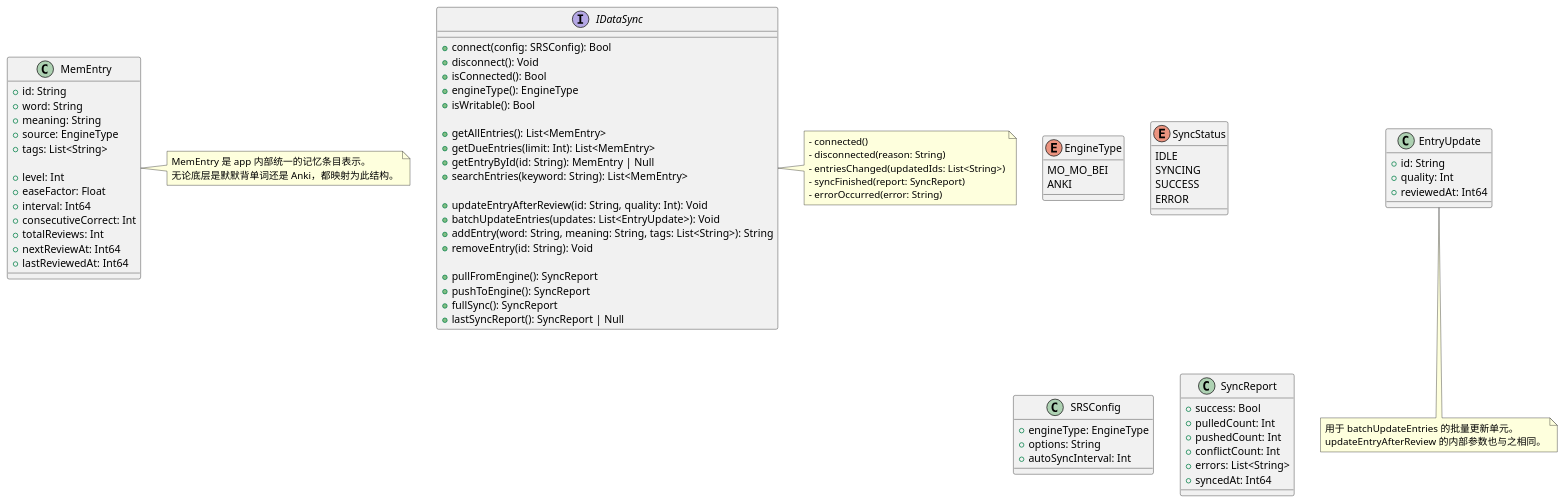
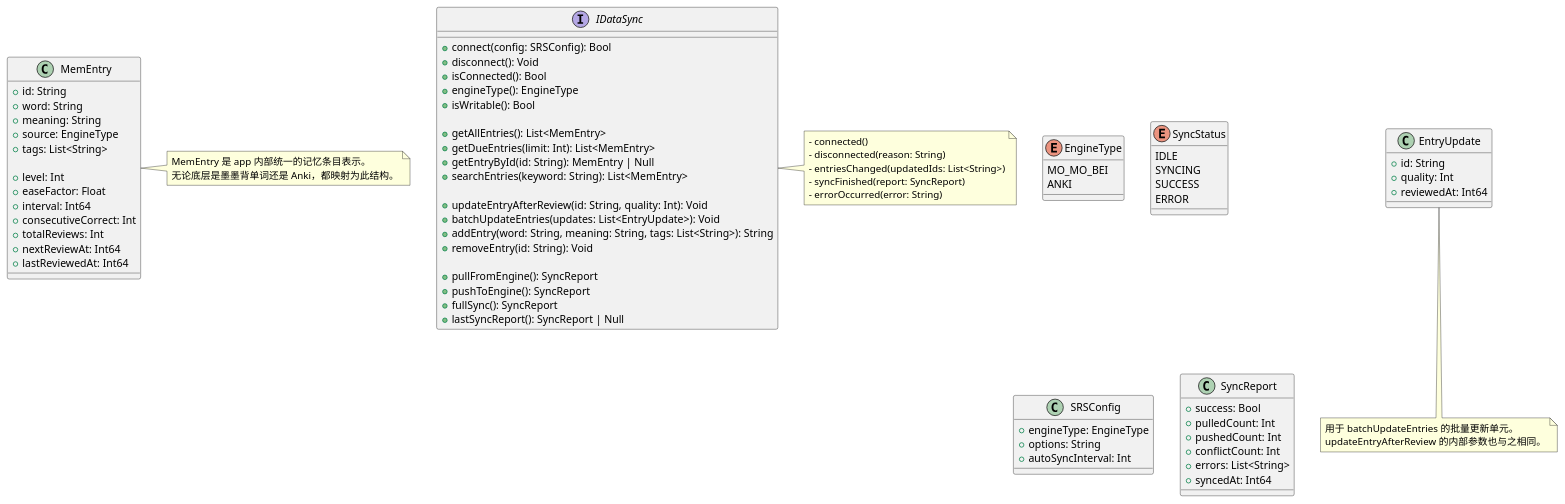
Before and after one commit to weiiiyan/MaiMemoAiChatDoc: the diagram in 02-系统设计/2.2-接口设计/数据同步模块接口设计.pu, drawn with PlantUML. The commit also changed 3 other files, not shown here.

```diff
--- a/02-系统设计/2.2-接口设计/数据同步模块接口设计.pu
+++ b/02-系统设计/2.2-接口设计/数据同步模块接口设计.pu
@@ -1,140 +1,140 @@
 @startuml 数据同步模块接口
 
 ' ==================== 枚举 ====================
 
 enum EngineType {
   MO_MO_BEI
   ANKI
 }
 
 enum SyncStatus {
   IDLE
   SYNCING
   SUCCESS
   ERROR
 }
 
 ' ==================== 数据模型 ====================
 
 class MemEntry {
   ' 条目唯一标识（引擎内唯一）
   + id: String
   ' 词汇 / 短语原文
   + word: String
   ' 释义
   + meaning: String
   ' 来源引擎
   + source: EngineType
   ' 标签（词性 / 分类）
   + tags: List<String>
 
   ' ——— SRS 参数 ———
   ' 记忆等级（0=新词）
   + level: Int
   ' 易度因子（SM-2 EF）
   + easeFactor: Float
   ' 当前复习间隔（秒）
   + interval: Int64
   ' 连续正确次数
   + consecutiveCorrect: Int
   ' 总复习次数
   + totalReviews: Int
   ' 下次复习时间戳
   + nextReviewAt: Int64
   ' 最后复习时间戳
   + lastReviewedAt: Int64
 }
 
 note right of MemEntry
   MemEntry 是 app 内部统一的记忆条目表示。
-  无论底层是默默背单词还是 Anki，都映射为此结构。
+  无论底层是墨墨背单词还是 Anki，都映射为此结构。
 end note
 
 class SRSConfig {
   + engineType: EngineType
   ' 引擎专属配置（JSON，如路径 / token）
   + options: String
   ' 自动同步间隔（秒），0 表示不自动同步
   + autoSyncInterval: Int
 }
 
 class SyncReport {
   + success: Bool
   + pulledCount: Int
   + pushedCount: Int
   + conflictCount: Int
   + errors: List<String>
   + syncedAt: Int64
 }
 
 ' ==================== 接口定义 ====================
 
 interface "IDataSync" {
 
   ' ——— 引擎生命周期 ———
   ' 连接到 SRS 引擎
   + connect(config: SRSConfig): Bool
   ' 断开连接
   + disconnect(): Void
   ' 是否已连接
   + isConnected(): Bool
   ' 获取当前引擎类型
   + engineType(): EngineType
-  ' 引擎是否支持写入（默默背单词可能为只读）
+  ' 引擎是否支持写入（墨墨背单词可能为只读）
   + isWritable(): Bool
 
   ' ——— 条目查询 ———
   ' 获取所有记忆条目（从本地缓存）
   + getAllEntries(): List<MemEntry>
   ' 获取到期需复习的条目，按 nextReviewAt 排序
   + getDueEntries(limit: Int): List<MemEntry>
   ' 根据 ID 查询单条
   + getEntryById(id: String): MemEntry | Null
   ' 搜索条目（关键词匹配 word / meaning）
   + searchEntries(keyword: String): List<MemEntry>
 
   ' ——— 条目更新 ———
   ' 复习后更新条目状态，quality 为 SM-2 评分 (0~5)
   + updateEntryAfterReview(id: String, quality: Int): Void
   ' 批量更新（用于离线累积后一次性提交）
   + batchUpdateEntries(updates: List<EntryUpdate>): Void
   ' 添加自定义词条（返回分配的 id）
   + addEntry(word: String, meaning: String, tags: List<String>): String
   ' 删除词条
   + removeEntry(id: String): Void
 
   ' ——— 双向同步 ———
   ' 从引擎拉取最新数据（增量）
   + pullFromEngine(): SyncReport
   ' 将本地变更推送到引擎
   + pushToEngine(): SyncReport
   ' 全量双向同步
   + fullSync(): SyncReport
   ' 获取上次同步结果
   + lastSyncReport(): SyncReport | Null
 }
 
 note right of IDataSync
   - connected()
   - disconnected(reason: String)
   - entriesChanged(updatedIds: List<String>)
   - syncFinished(report: SyncReport)
   - errorOccurred(error: String)
 end note
 
 ' ==================== 补充结构 ====================
 
 ' 这些有什么用？
 
 class EntryUpdate {
   + id: String
   + quality: Int
   + reviewedAt: Int64
 }
 
 note bottom of EntryUpdate
   用于 batchUpdateEntries 的批量更新单元。
   updateEntryAfterReview 的内部参数也与之相同。
 end note
 
 @enduml
```
